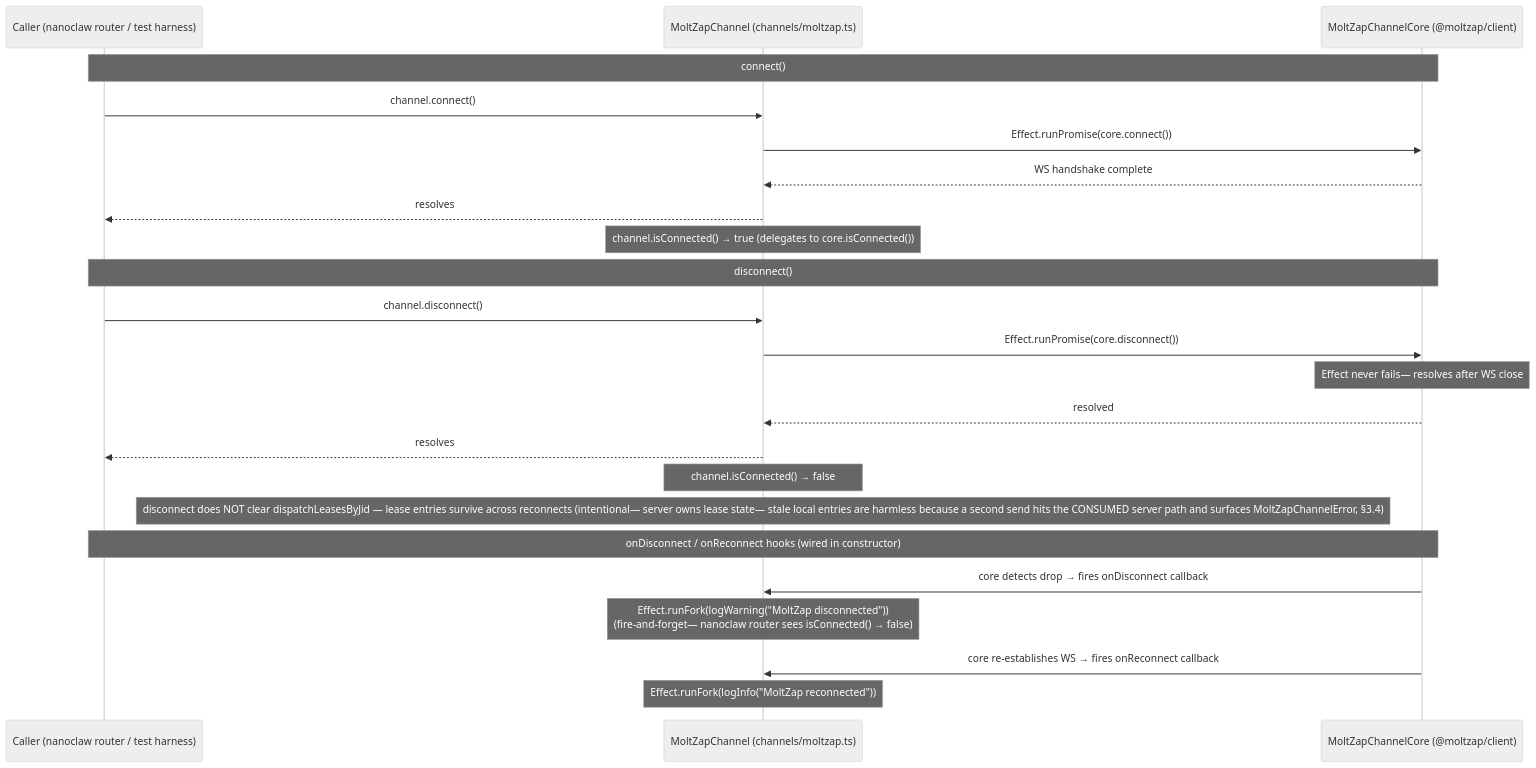
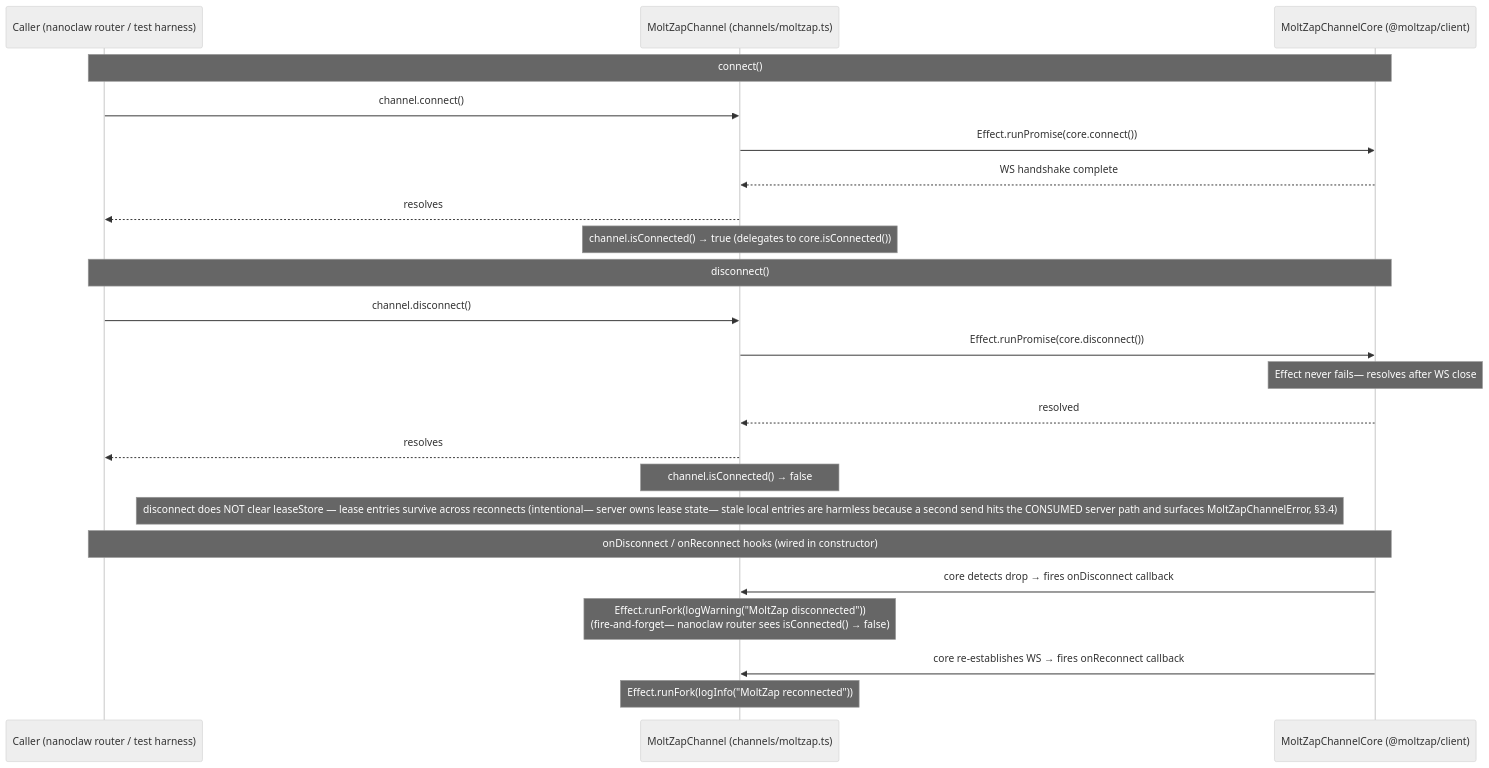
One commit to chughtapan/moltzap changed the diagram in packages/nanoclaw-channel/docs/architecture/02-connect-disconnect-lifecycle.md. Above: the diagram before and after it, drawn with Mermaid (neutral theme). The commit also changed 11 other files, not shown here.

First line of the commit message:
docs(C): update channel architecture docs for channel-base extraction

````diff
--- a/packages/nanoclaw-channel/docs/architecture/02-connect-disconnect-lifecycle.md
+++ b/packages/nanoclaw-channel/docs/architecture/02-connect-disconnect-lifecycle.md
@@ -10,28 +10,28 @@
 ```mermaid
 sequenceDiagram
     participant Caller as Caller (nanoclaw router / test harness)
     participant Channel as MoltZapChannel (channels/moltzap.ts)
     participant Core as MoltZapChannelCore (@moltzap/client)
 
     Note over Caller,Core: connect()
     Caller->>Channel: channel.connect()
     Channel->>Core: Effect.runPromise(core.connect())
     Core-->>Channel: WS handshake complete
     Channel-->>Caller: resolves
     Note over Channel: channel.isConnected() → true (delegates to core.isConnected())
 
     Note over Caller,Core: disconnect()
     Caller->>Channel: channel.disconnect()
     Channel->>Core: Effect.runPromise(core.disconnect())
     Note over Core: Effect never fails— resolves after WS close
     Core-->>Channel: resolved
     Channel-->>Caller: resolves
     Note over Channel: channel.isConnected() → false
-    Note over Channel: disconnect does NOT clear dispatchLeasesByJid — lease entries survive across reconnects (intentional— server owns lease state— stale local entries are harmless because a second send hits the CONSUMED server path and surfaces MoltZapChannelError, §3.4)
+    Note over Channel: disconnect does NOT clear leaseStore — lease entries survive across reconnects (intentional— server owns lease state— stale local entries are harmless because a second send hits the CONSUMED server path and surfaces MoltZapChannelError, §3.4)
 
     Note over Caller,Core: onDisconnect / onReconnect hooks (wired in constructor)
     Core->>Channel: core detects drop → fires onDisconnect callback
     Note over Channel: Effect.runFork(logWarning("MoltZap disconnected"))<br>(fire-and-forget— nanoclaw router sees isConnected() → false)
     Core->>Channel: core re-establishes WS → fires onReconnect callback
     Note over Channel: Effect.runFork(logInfo("MoltZap reconnected"))
 ```
````
